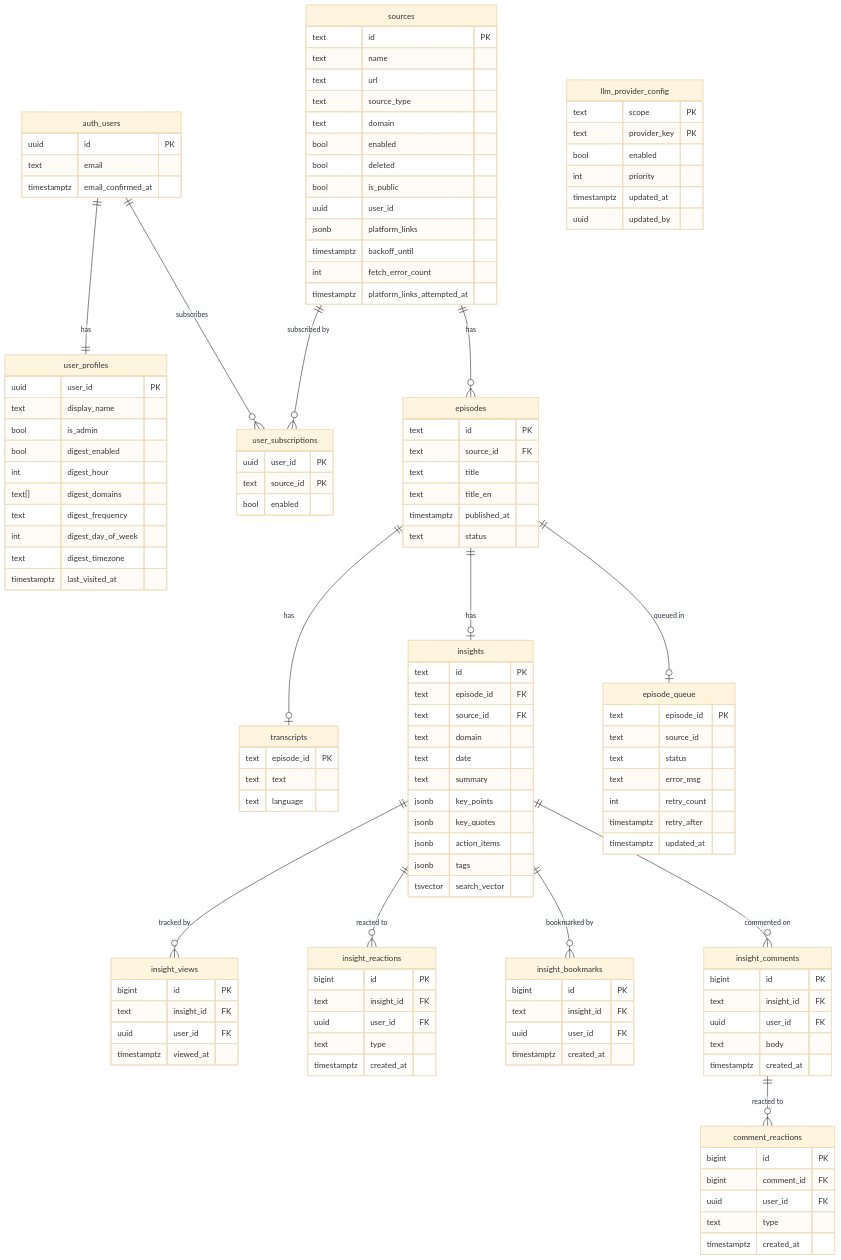
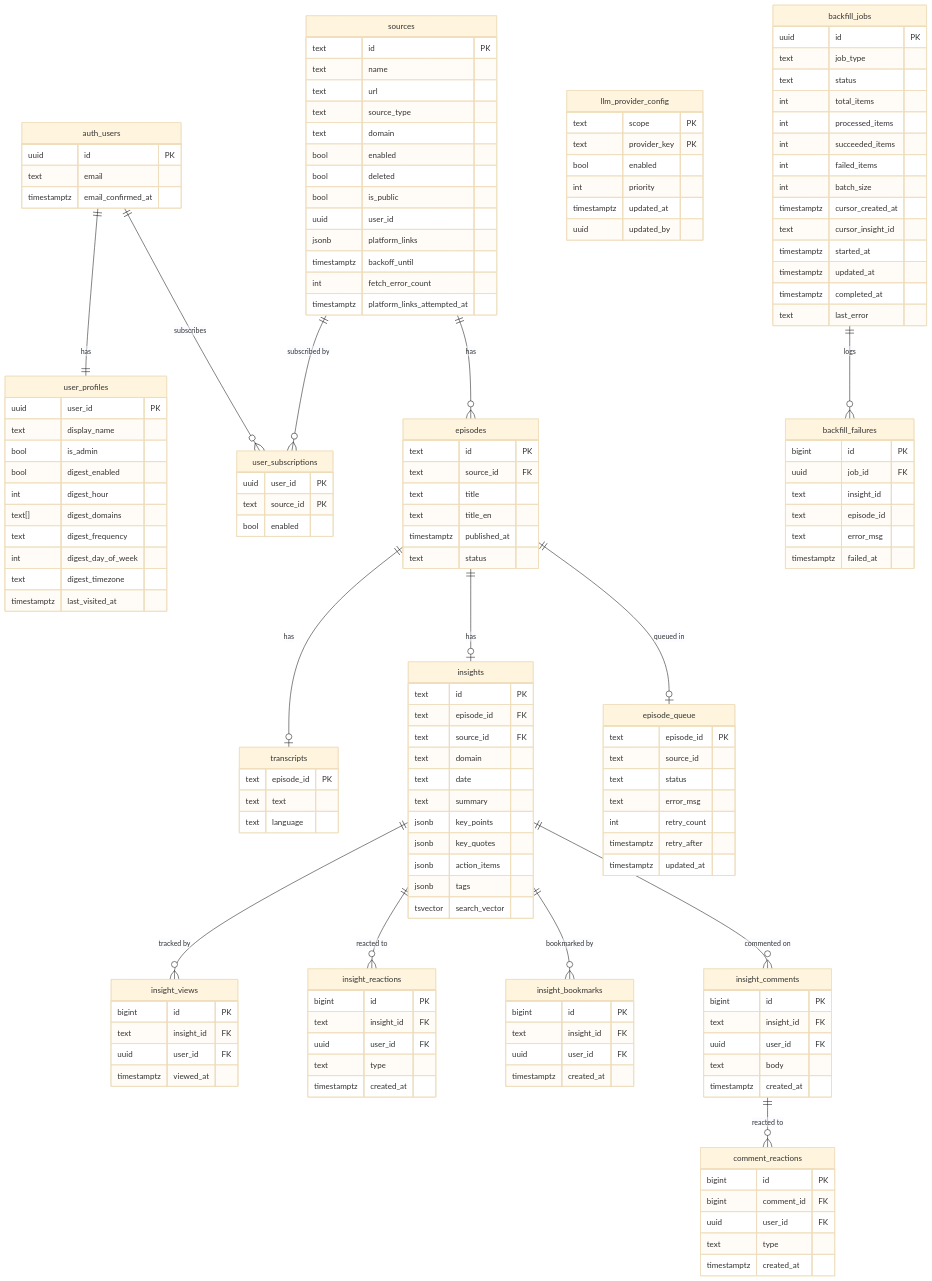
Before and after one commit to vtghub/PodcastsSummarizer: the second of 2 diagrams in docs/architecture.md, drawn with Mermaid (base theme). The commit also changed other lines of this file and 1 other file, not shown here.

First line of the commit message:
docs: update architecture and workflow diagrams post-PR #294

````diff
--- a/docs/architecture.md
+++ b/docs/architecture.md
@@ -303,6 +336,30 @@
         timestamptz updated_at
         uuid updated_by
     }
+    backfill_jobs {
+        uuid id PK
+        text job_type
+        text status
+        int  total_items
+        int  processed_items
+        int  succeeded_items
+        int  failed_items
+        int  batch_size
+        timestamptz cursor_created_at
+        text cursor_insight_id
+        timestamptz started_at
+        timestamptz updated_at
+        timestamptz completed_at
+        text last_error
+    }
+    backfill_failures {
+        bigint id PK
+        uuid job_id FK
+        text insight_id
+        text episode_id
+        text error_msg
+        timestamptz failed_at
+    }
 
     auth_users ||--|| user_profiles : "has"
     auth_users ||--o{ user_subscriptions : "subscribes"
@@ -316,4 +373,5 @@
     insights ||--o{ insight_bookmarks : "bookmarked by"
     insights ||--o{ insight_comments : "commented on"
     insight_comments ||--o{ comment_reactions : "reacted to"
+    backfill_jobs ||--o{ backfill_failures : "logs"
 ```
````
